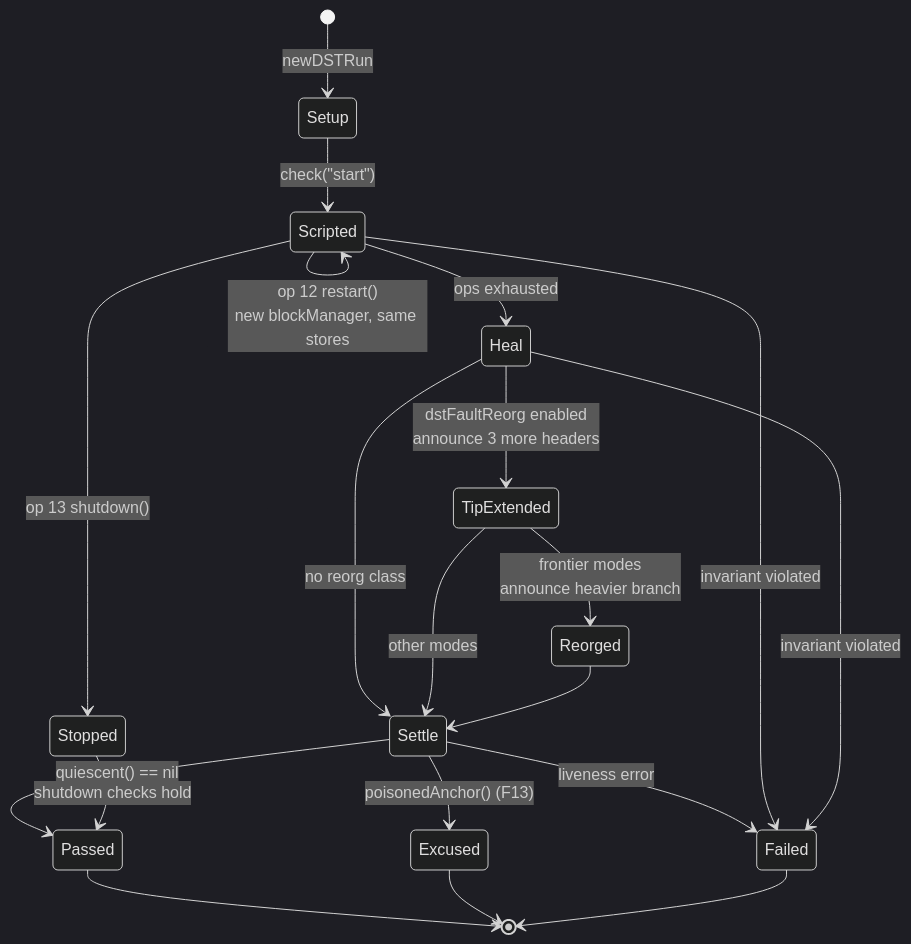
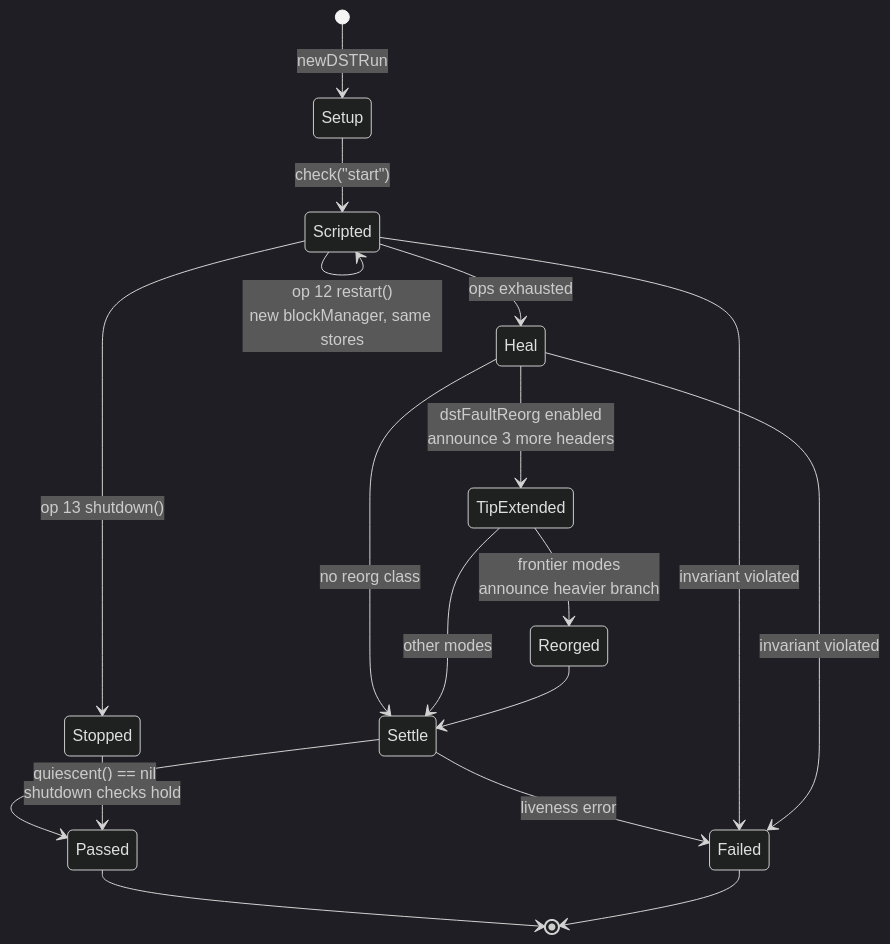
The third of 6 diagrams in docs/deterministic-sync-testing.md (lightninglabs/neutrino), drawn with Mermaid (dark theme) before and after one commit. The commit also changed other lines of this file and 2 other files, not shown here.

````diff
--- a/docs/deterministic-sync-testing.md
+++ b/docs/deterministic-sync-testing.md
@@ -263,23 +260,21 @@
 ```mermaid
 stateDiagram-v2
     [*] --> Setup: newDSTRun
     Setup --> Scripted: check("start")
     Scripted --> Scripted: step(op), pump, check
     Scripted --> Scripted: op 12 restart()<br/>new blockManager, same stores
     Scripted --> Stopped: op 13 shutdown()
     Scripted --> Heal: ops exhausted
     Heal --> TipExtended: dstFaultReorg enabled<br/>announce 3 more headers
     TipExtended --> Reorged: frontier modes<br/>announce heavier branch
     Heal --> Settle: no reorg class
     TipExtended --> Settle: other modes
     Reorged --> Settle
     Settle --> Passed: quiescent() == nil
-    Settle --> Excused: poisonedAnchor() (F13)
     Settle --> Failed: liveness error
     Scripted --> Failed: invariant violated
     Heal --> Failed: invariant violated
     Stopped --> Passed: shutdown checks hold
     Passed --> [*]
-    Excused --> [*]
     Failed --> [*]
 ```
````
